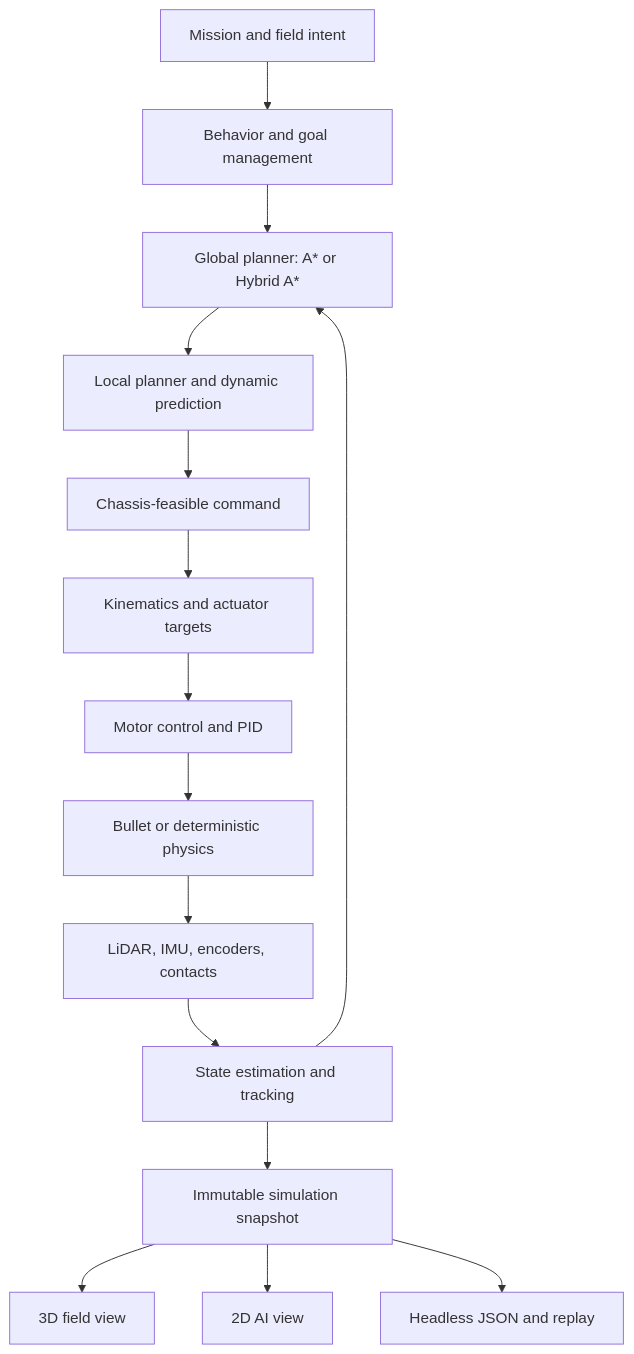
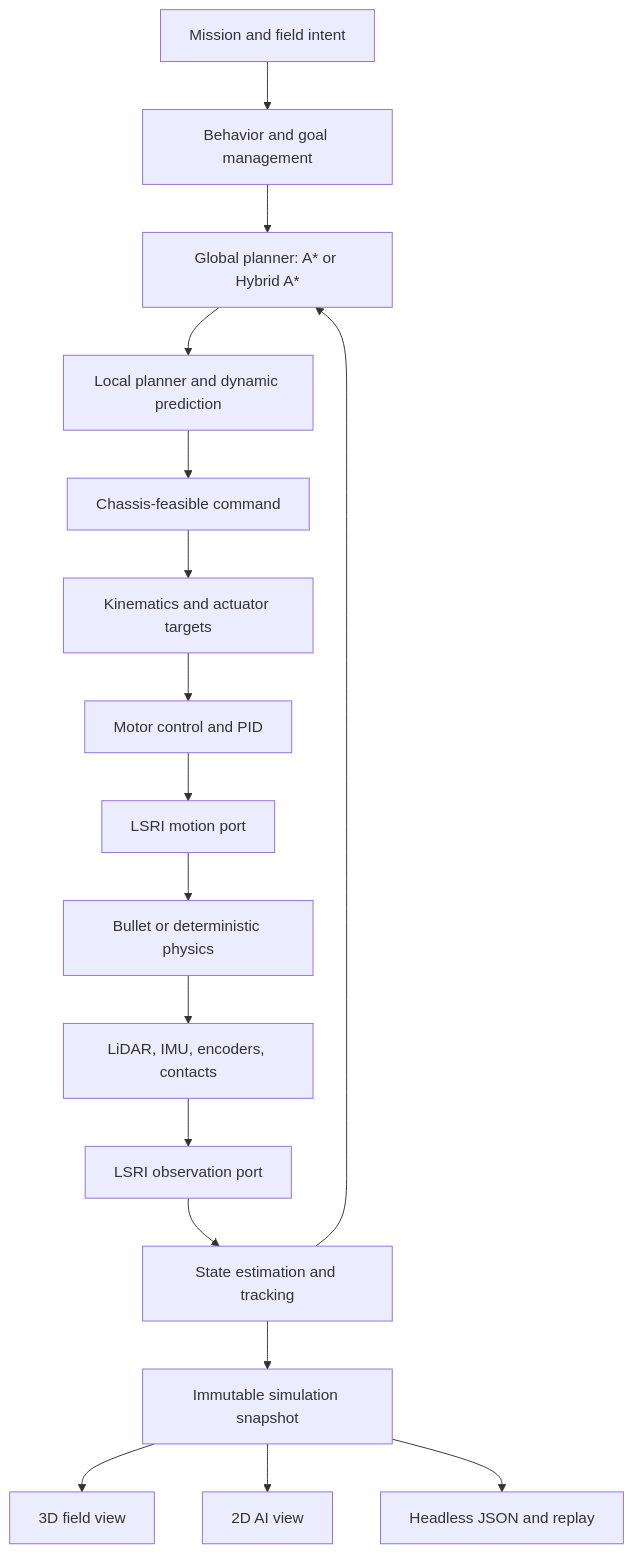
The diagram in docs/architecture.md (Robin-1978/lost-signal), drawn with Mermaid before and after one commit. The commit also changed other lines of this file and 19 other files, not shown here.

````diff
--- a/docs/architecture.md
+++ b/docs/architecture.md
@@ -7,17 +7,19 @@
 ```mermaid
 graph TD
  A[Mission and field intent] --> B[Behavior and goal management]
  B --> C[Global planner: A* or Hybrid A*]
  C --> D[Local planner and dynamic prediction]
  D --> E[Chassis-feasible command]
  E --> F[Kinematics and actuator targets]
  F --> G[Motor control and PID]
- G --> H[Bullet or deterministic physics]
+ G --> R[LSRI motion port]
+ R --> H[Bullet or deterministic physics]
  H --> I[LiDAR, IMU, encoders, contacts]
- I --> J[State estimation and tracking]
+ I --> O[LSRI observation port]
+ O --> J[State estimation and tracking]
  J --> C
  J --> K[Immutable simulation snapshot]
  K --> L[3D field view]
  K --> M[2D AI view]
  K --> N[Headless JSON and replay]
 ```
````
